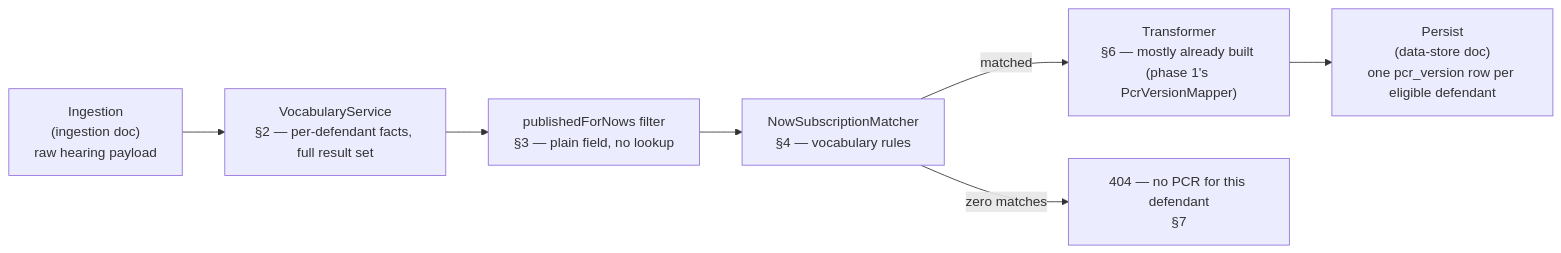
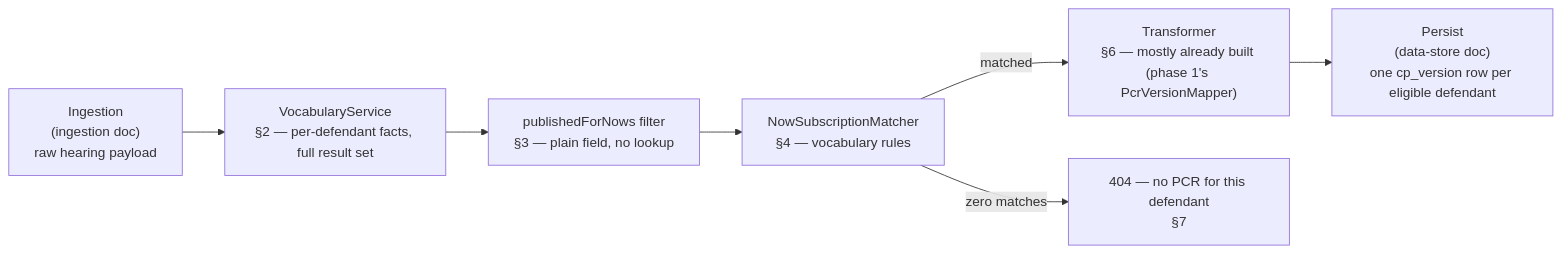
The diagram in docs/designs/2026-07-22-pcr-orchestrator-design.md (hmcts/service-cp-crime-results-pcr), drawn with Mermaid before and after one commit. The commit also changed other lines of this file and 41 other files, not shown here.

````diff
--- a/docs/designs/2026-07-22-pcr-orchestrator-design.md
+++ b/docs/designs/2026-07-22-pcr-orchestrator-design.md
@@ -92,9 +92,9 @@
 ```mermaid
 flowchart LR
     Ingestion["Ingestion<br/>(ingestion doc)<br/>raw hearing payload"] --> Vocab["VocabularyService<br/>§2 — per-defendant facts, full result set"]
     Vocab --> Filter["publishedForNows filter<br/>§3 — plain field, no lookup"]
     Filter --> Gate["NowSubscriptionMatcher<br/>§4 — vocabulary rules"]
     Gate -->|"matched"| Transform["Transformer<br/>§6 — mostly already built (phase 1's PcrVersionMapper)"]
     Gate -->|"zero matches"| NoPcr["404 — no PCR for this defendant<br/>§7"]
-    Transform --> Persist["Persist<br/>(data-store doc)<br/>one pcr_version row per eligible defendant"]
+    Transform --> Persist["Persist<br/>(data-store doc)<br/>one cp_version row per eligible defendant"]
 ```
````
